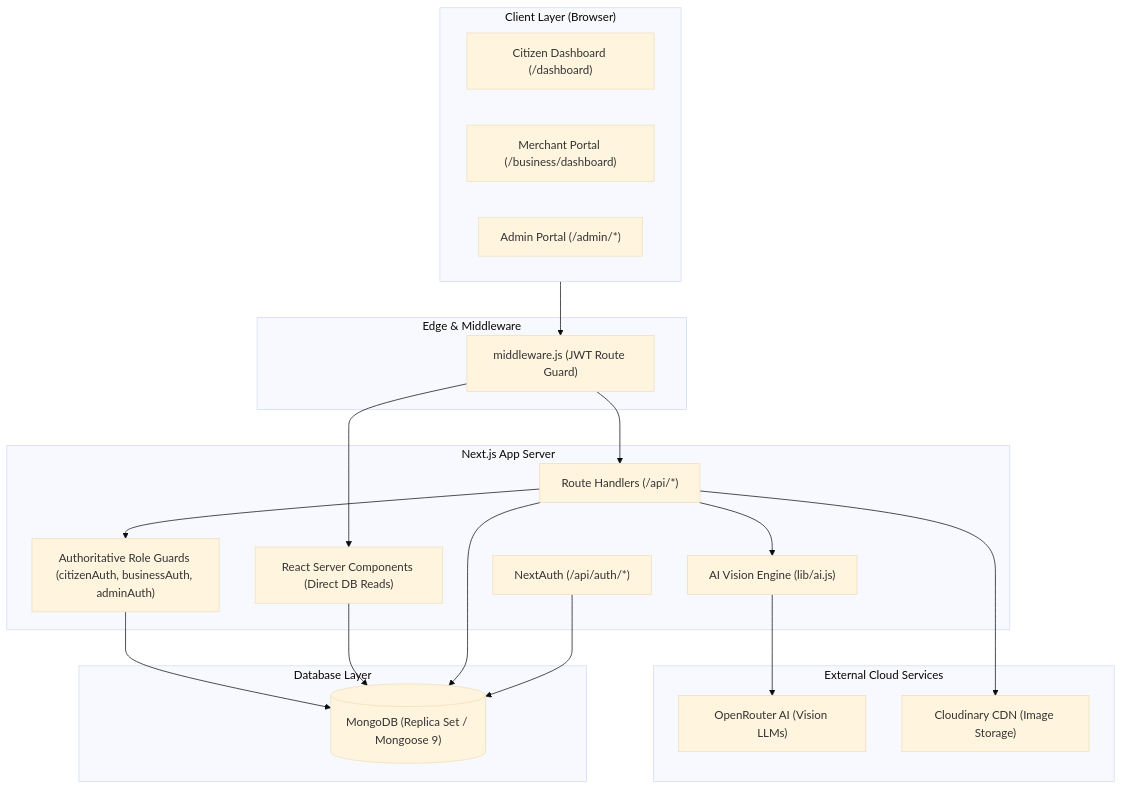
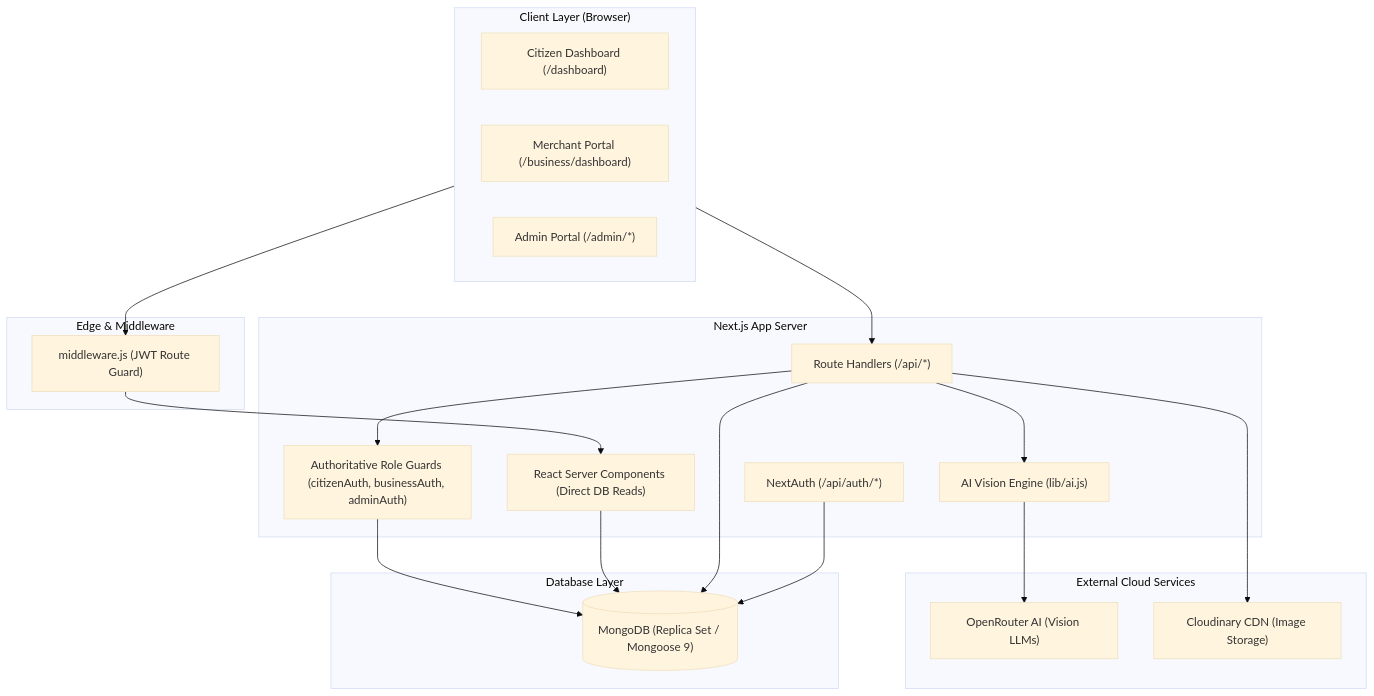
The first of 2 diagrams in project-learning-guide/02-architecture-and-data-flow.md (Atrocious7/Green-Waste), drawn with Mermaid (base theme) before and after one commit. The commit also changed other lines of this file and 23 other files, not shown here.

````diff
--- a/project-learning-guide/02-architecture-and-data-flow.md
+++ b/project-learning-guide/02-architecture-and-data-flow.md
@@ -15,41 +17,41 @@
 ```mermaid
 graph TD
     subgraph ClientLayer ["Client Layer (Browser)"]
         CitizenUI["Citizen Dashboard (/dashboard)"]
         BusinessUI["Merchant Portal (/business/dashboard)"]
         AdminUI["Admin Portal (/admin/*)"]
     end
 
     subgraph EdgeLayer ["Edge & Middleware"]
         MW["middleware.js (JWT Route Guard)"]
     end
 
     subgraph ServerLayer ["Next.js App Server"]
         NextAuth["NextAuth (/api/auth/*)"]
         RSC["React Server Components (Direct DB Reads)"]
         APIRoutes["Route Handlers (/api/*)"]
         AuthGuards["Authoritative Role Guards (citizenAuth, businessAuth, adminAuth)"]
         AIEngine["AI Vision Engine (lib/ai.js)"]
     end
 
     subgraph ExternalServices ["External Cloud Services"]
         OpenRouter["OpenRouter AI (Vision LLMs)"]
         Cloudinary["Cloudinary CDN (Image Storage)"]
     end
 
     subgraph DatabaseLayer ["Database Layer"]
         MongoDB[("MongoDB (Replica Set / Mongoose 9)")]
     end
 
     ClientLayer --> MW
     MW --> RSC
-    MW --> APIRoutes
+    ClientLayer --> APIRoutes
     APIRoutes --> AuthGuards
     AuthGuards --> MongoDB
     RSC --> MongoDB
     APIRoutes --> AIEngine
     AIEngine --> OpenRouter
     APIRoutes --> Cloudinary
     APIRoutes --> MongoDB
     NextAuth --> MongoDB
 ```
````
